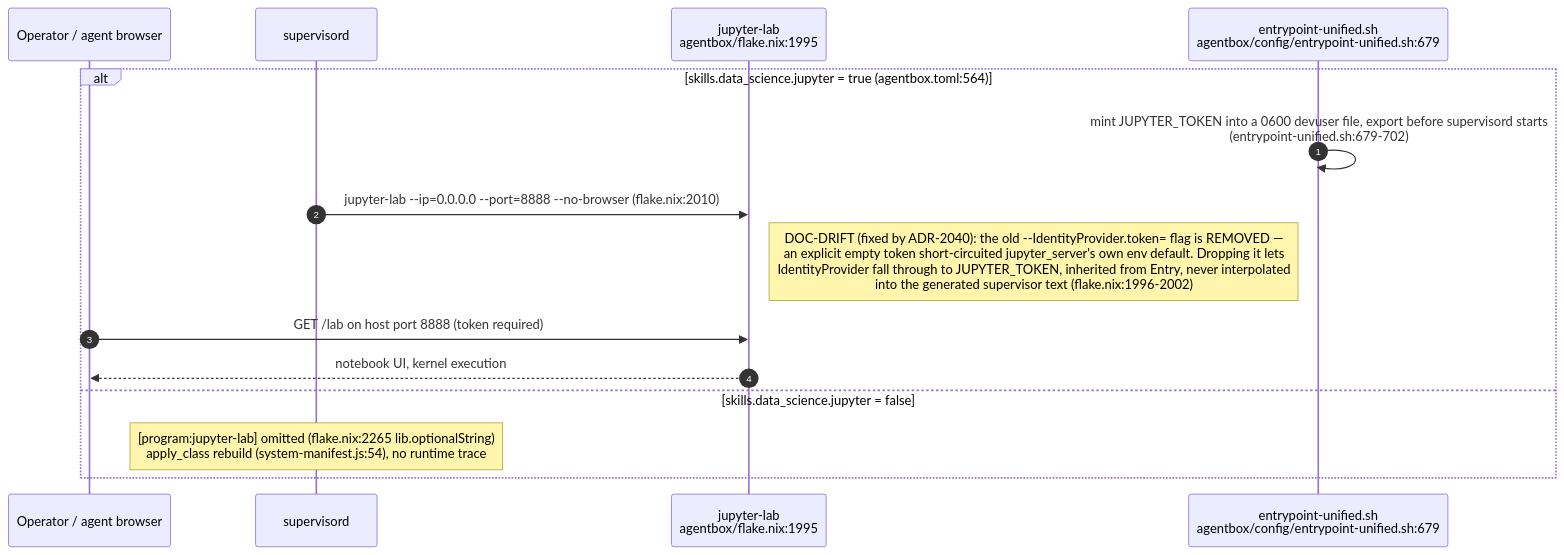
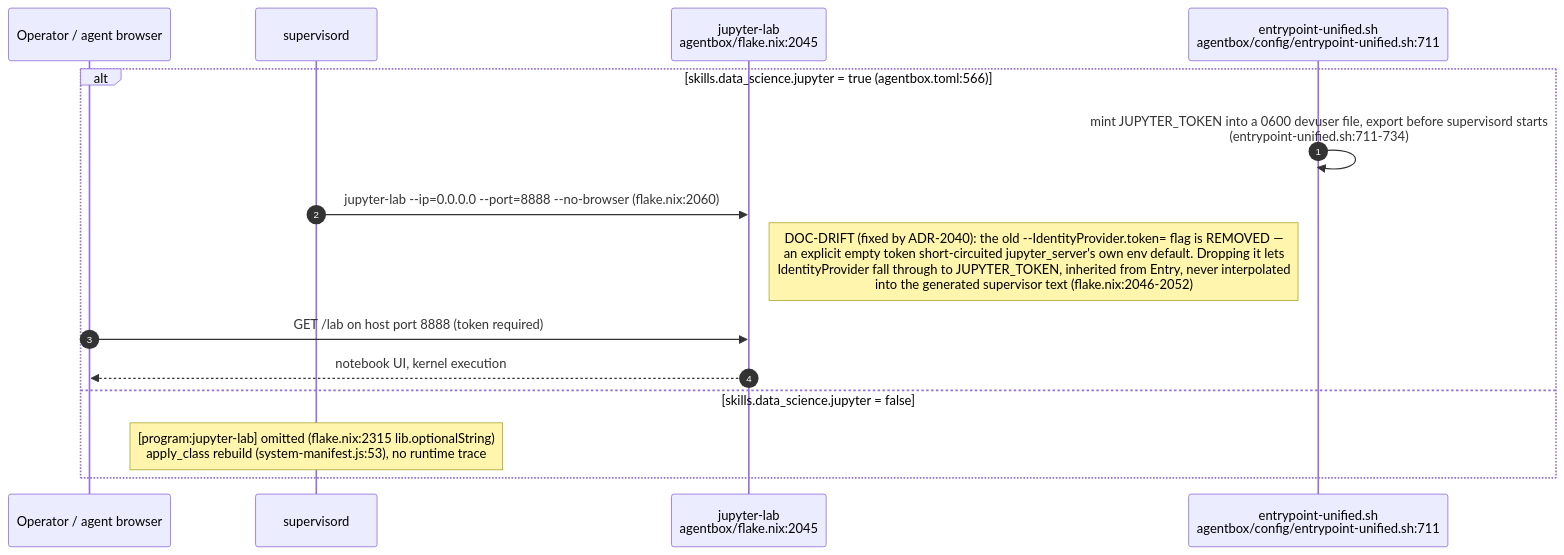
One commit to DreamLab-AI/VisionFlow changed the fifth of 13 diagrams in docs/diagrams/agentbox/27-media-gpu-capability-services.md. Above: the diagram before and after it, drawn with Mermaid. The commit also changed other lines of this file and 136 other files, not shown here.

First line of the commit message:
docs(diagrams): refresh the whole corpus to code HEAD and prune low-value diagrams

````diff
--- a/docs/diagrams/agentbox/27-media-gpu-capability-services.md
+++ b/docs/diagrams/agentbox/27-media-gpu-capability-services.md
@@ -184,18 +185,18 @@
 ```mermaid
 sequenceDiagram
     autonumber
     participant Op as Operator / agent browser
     participant Sup as supervisord
-    participant Lab as jupyter-lab<br/>agentbox/flake.nix:1995
-    participant Entry as entrypoint-unified.sh<br/>agentbox/config/entrypoint-unified.sh:679
+    participant Lab as jupyter-lab<br/>agentbox/flake.nix:2045
+    participant Entry as entrypoint-unified.sh<br/>agentbox/config/entrypoint-unified.sh:711
 
-    alt skills.data_science.jupyter = true (agentbox.toml:564)
-        Entry->>Entry: mint JUPYTER_TOKEN into a 0600 devuser file, export before supervisord starts<br/>(entrypoint-unified.sh:679-702)
-        Sup->>Lab: jupyter-lab --ip=0.0.0.0 --port=8888 --no-browser (flake.nix:2010)
-        Note right of Lab: DOC-DRIFT (fixed by ADR-2040): the old --IdentityProvider.token= flag is REMOVED —<br/>an explicit empty token short-circuited jupyter_server's own env default. Dropping it lets<br/>IdentityProvider fall through to JUPYTER_TOKEN, inherited from Entry, never interpolated<br/>into the generated supervisor text (flake.nix:1996-2002)
+    alt skills.data_science.jupyter = true (agentbox.toml:566)
+        Entry->>Entry: mint JUPYTER_TOKEN into a 0600 devuser file, export before supervisord starts<br/>(entrypoint-unified.sh:711-734)
+        Sup->>Lab: jupyter-lab --ip=0.0.0.0 --port=8888 --no-browser (flake.nix:2060)
+        Note right of Lab: DOC-DRIFT (fixed by ADR-2040): the old --IdentityProvider.token= flag is REMOVED —<br/>an explicit empty token short-circuited jupyter_server's own env default. Dropping it lets<br/>IdentityProvider fall through to JUPYTER_TOKEN, inherited from Entry, never interpolated<br/>into the generated supervisor text (flake.nix:2046-2052)
         Op->>Lab: GET /lab on host port 8888 (token required)
         Lab-->>Op: notebook UI, kernel execution
     else skills.data_science.jupyter = false
-        Note over Sup: [program:jupyter-lab] omitted (flake.nix:2265 lib.optionalString)<br/>apply_class rebuild (system-manifest.js:54), no runtime trace
+        Note over Sup: [program:jupyter-lab] omitted (flake.nix:2315 lib.optionalString)<br/>apply_class rebuild (system-manifest.js:53), no runtime trace
     end
 ```
````
